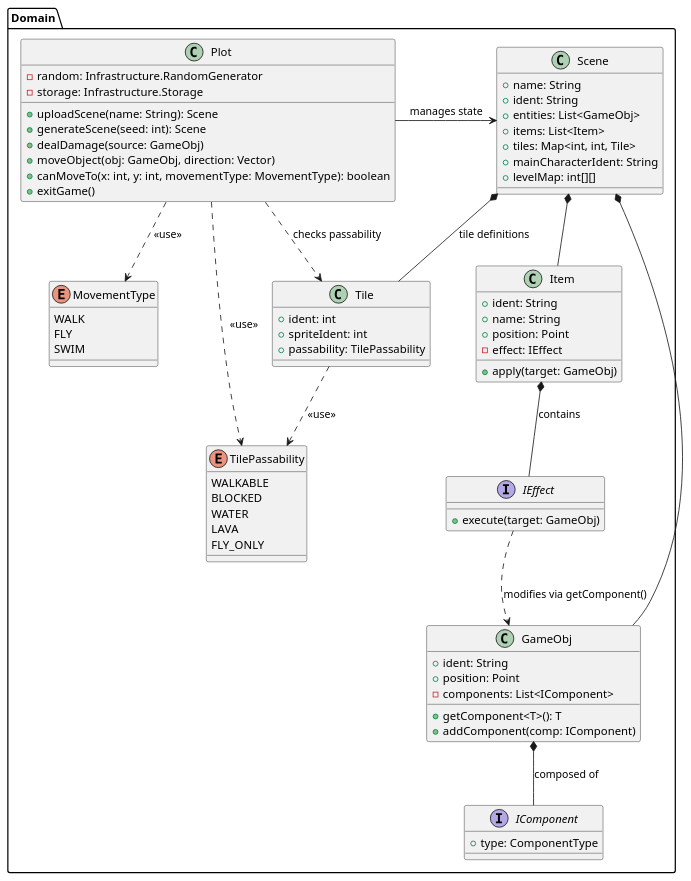
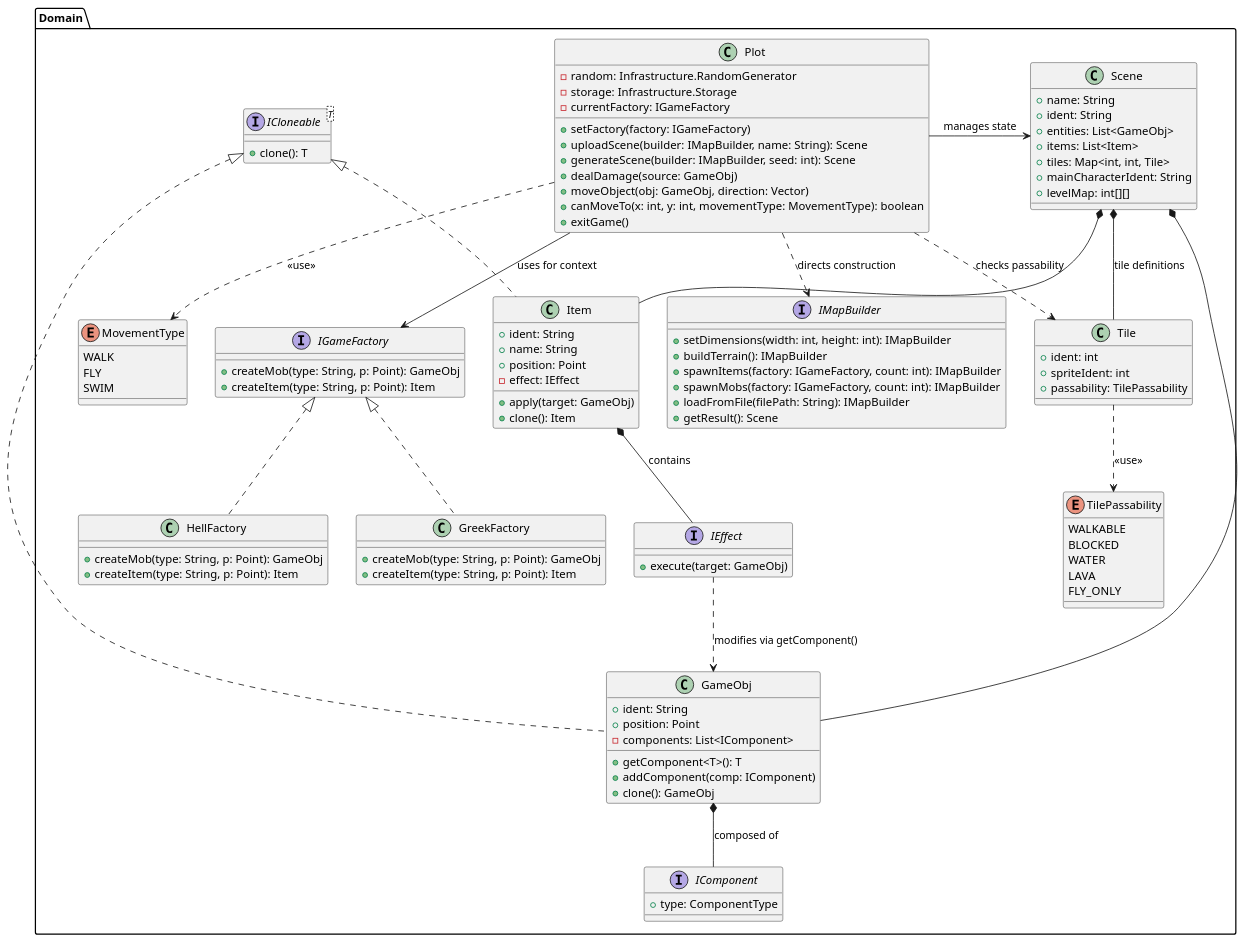
Before and after one commit to VyacheslavIurevich/diagrams: the diagram in src/domain.puml, drawn with PlantUML. The commit also changed 1 other file, not shown here.

```diff
--- a/src/domain.puml
+++ b/src/domain.puml
@@ -1,82 +1,119 @@
 @startuml
 namespace Domain {
 
     enum TilePassability {
         WALKABLE
         BLOCKED
         WATER
         LAVA
         FLY_ONLY
     }
 
-    class Item {
+    ' === ПАТТЕРН: ПРОТОТИП ===
+    interface ICloneable<T> {
+        + clone(): T
+    }
+
+    class Item implements ICloneable {
         + ident: String
         + name: String
         + position: Point
         - effect: IEffect
         + apply(target: GameObj)
+        + clone(): Item
     }
 
     interface IEffect {
         + execute(target: GameObj)
     }
 
-    class GameObj {
+    class GameObj implements ICloneable {
         + ident: String
         + position: Point
         - components: List<IComponent>
         + getComponent<T>(): T
         + addComponent(comp: IComponent)
+        + clone(): GameObj
     }
 
     interface IComponent {
         + type: ComponentType
     }
 
     class Tile {
         + ident: int
         + spriteIdent: int
         + passability: TilePassability
     }
 
     class Scene {
         + name: String
         + ident: String
         + entities: List<GameObj>
         + items: List<Item>
         + tiles: Map<int, int, Tile>
         + mainCharacterIdent: String
         + levelMap: int[][]
     }
 
+    ' === ПАТТЕРН: АБСТРАКТНАЯ ФАБРИКА ===
+    interface IGameFactory {
+        + createMob(type: String, p: Point): GameObj
+        + createItem(type: String, p: Point): Item
+    }
+
+    class HellFactory implements IGameFactory {
+        + createMob(type: String, p: Point): GameObj
+        + createItem(type: String, p: Point): Item   
+    }
+
+    class GreekFactory implements IGameFactory {
+        + createMob(type: String, p: Point): GameObj 
+        + createItem(type: String, p: Point): Item   
+    }
+
+    ' === ПАТТЕРН: СТРОИТЕЛЬ ===
+    interface IMapBuilder {
+        + setDimensions(width: int, height: int): IMapBuilder
+        + buildTerrain(): IMapBuilder
+        + spawnItems(factory: IGameFactory, count: int): IMapBuilder
+        + spawnMobs(factory: IGameFactory, count: int): IMapBuilder
+        + loadFromFile(filePath: String): IMapBuilder
+        + getResult(): Scene
+    }
+
     class Plot {
         - random: Infrastructure.RandomGenerator
         - storage: Infrastructure.Storage
-        + uploadScene(name: String): Scene
-        + generateScene(seed: int): Scene
+        - currentFactory: IGameFactory
+        + setFactory(factory: IGameFactory)
+        + uploadScene(builder: IMapBuilder, name: String): Scene
+        + generateScene(builder: IMapBuilder, seed: int): Scene
         + dealDamage(source: GameObj)
         + moveObject(obj: GameObj, direction: Vector)
         + canMoveTo(x: int, y: int, movementType: MovementType): boolean
         + exitGame()
     }
 
     enum MovementType {
         WALK
         FLY
         SWIM
     }
 
     ' Relationships
     Plot -> Scene : "manages state"
+    Plot --> IGameFactory : "uses for context"
+    Plot ..> IMapBuilder : "directs construction"
     Scene *-- GameObj
     Scene *-- Item
     Scene *-- Tile : "tile definitions"
     Item *-- IEffect : "contains"
     GameObj *-- IComponent : "composed of"
     IEffect ..> GameObj : "modifies via getComponent()"
     Tile ..> TilePassability : <<use>>
+    Plot ..> MovementType : <<use>>
     Plot ..> Tile : "checks passability"
-    Plot ..> TilePassability : <<use>>
-    Plot ..> MovementType : <<use>>
+
 }
 @enduml
```
